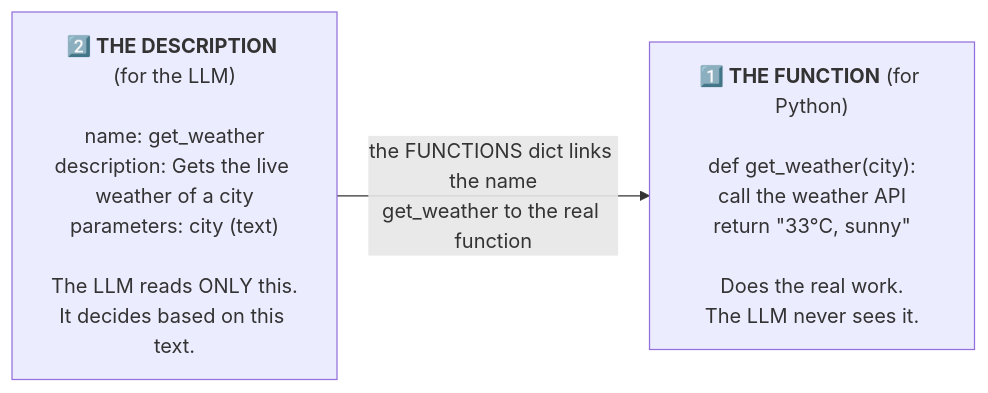
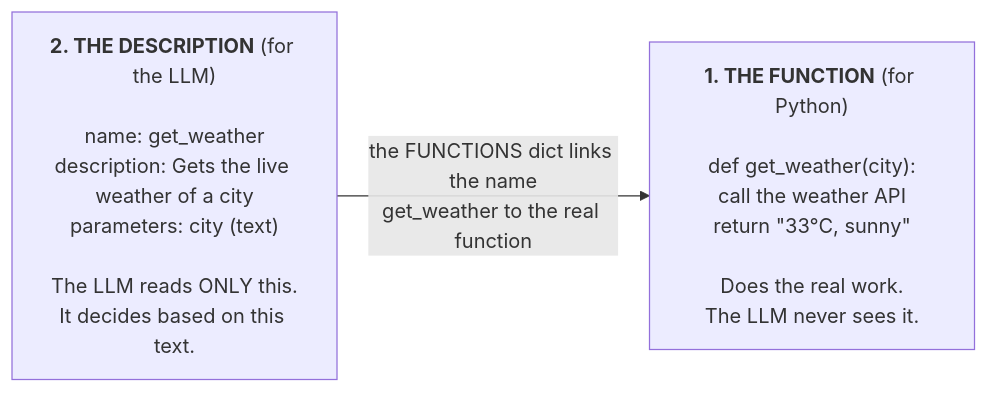
Before and after one commit to anandgaur22/ai-agent-python-demo: diagram 16 of 36 in README.md, drawn with Mermaid. The commit also changed other lines of this file, not shown here.

Commit message:
AI agent demo in Python with Ollama, Gemini and Groq

````diff
--- a/README.md
+++ b/README.md
@@ -999,6 +997,6 @@
 ```mermaid
 flowchart LR
-  F["<b>1️⃣ THE FUNCTION</b> (for Python)<br/><br/>def get_weather(city):<br/>call the weather API<br/>return #quot;33°C, sunny#quot;<br/><br/>Does the real work.<br/>The LLM never sees it."]
-  D["<b>2️⃣ THE DESCRIPTION</b> (for the LLM)<br/><br/>name: get_weather<br/>description: Gets the live weather of a city<br/>parameters: city (text)<br/><br/>The LLM reads ONLY this.<br/>It decides based on this text."]
+  F["<b>1. THE FUNCTION</b> (for Python)<br/><br/>def get_weather(city):<br/>call the weather API<br/>return #quot;33°C, sunny#quot;<br/><br/>Does the real work.<br/>The LLM never sees it."]
+  D["<b>2. THE DESCRIPTION</b> (for the LLM)<br/><br/>name: get_weather<br/>description: Gets the live weather of a city<br/>parameters: city (text)<br/><br/>The LLM reads ONLY this.<br/>It decides based on this text."]
   D -- "the FUNCTIONS dict links the name<br/>get_weather to the real function" --> F
 ```
````
